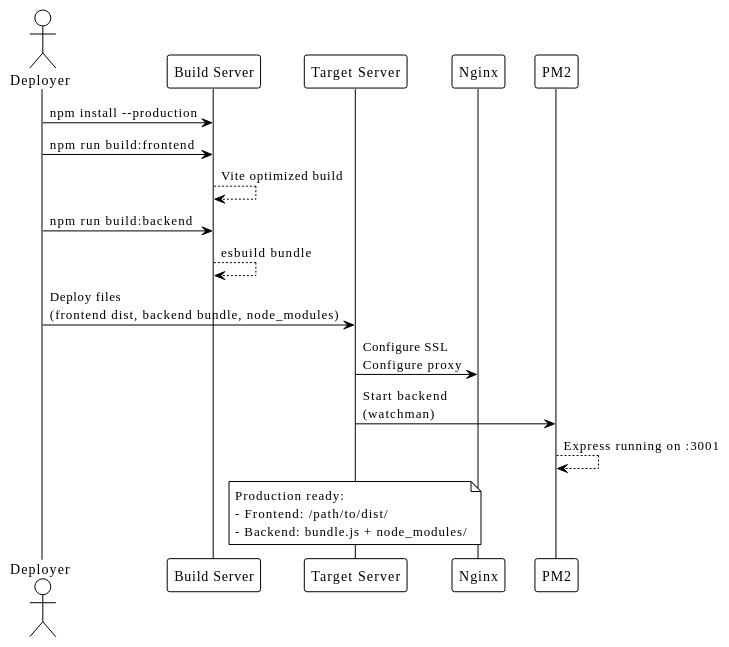
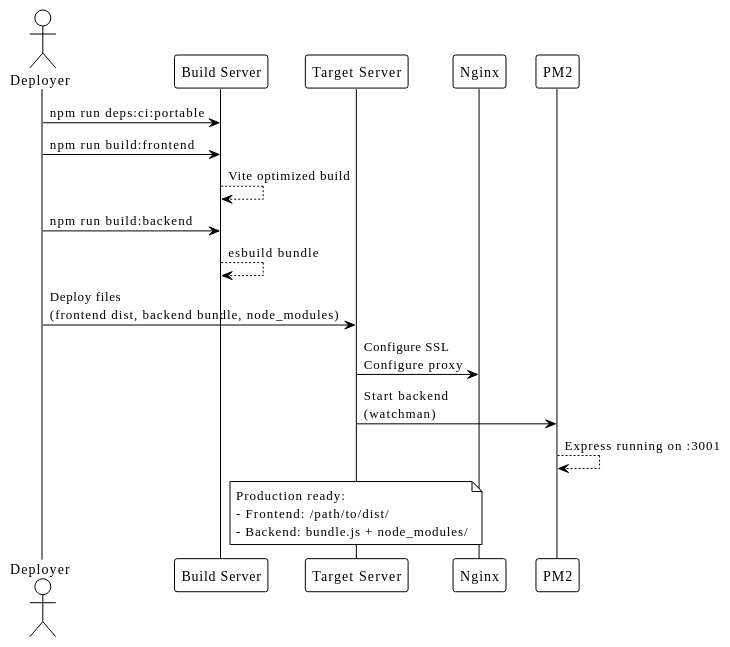
Before and after one commit to EraPartner/Watchman: the second of 3 diagrams in docs/guides/deployment.md, drawn with PlantUML. The commit also changed other lines of this file and 45 other files, not shown here.

Commit message:
build(deps): verify sources and refresh tooling

````diff
--- a/docs/guides/deployment.md
+++ b/docs/guides/deployment.md
@@ -221,33 +221,33 @@
 ```plantuml
 @startuml
 !theme plain
 
 actor "Deployer" as Deployer
 participant "Build Server" as Build
 participant "Target Server" as Target
 participant "Nginx" as Nginx
 participant "PM2" as PM2
 
-Deployer -> Build : npm install --production
+Deployer -> Build : npm run deps:ci:portable
 
 Deployer -> Build : npm run build:frontend
 Build --> Build : Vite optimized build
 
 Deployer -> Build : npm run build:backend
 Build --> Build : esbuild bundle
 
 Deployer -> Target : Deploy files\n(frontend dist, backend bundle, node_modules)
 
 Target -> Nginx : Configure SSL\nConfigure proxy
 
 Target -> PM2 : Start backend\n(watchman)
 
 PM2 --> PM2 : Express running on :3001
 
 note over Target
   Production ready:
   - Frontend: /path/to/dist/
   - Backend: bundle.js + node_modules/
 end note
 @enduml
 ```
````
